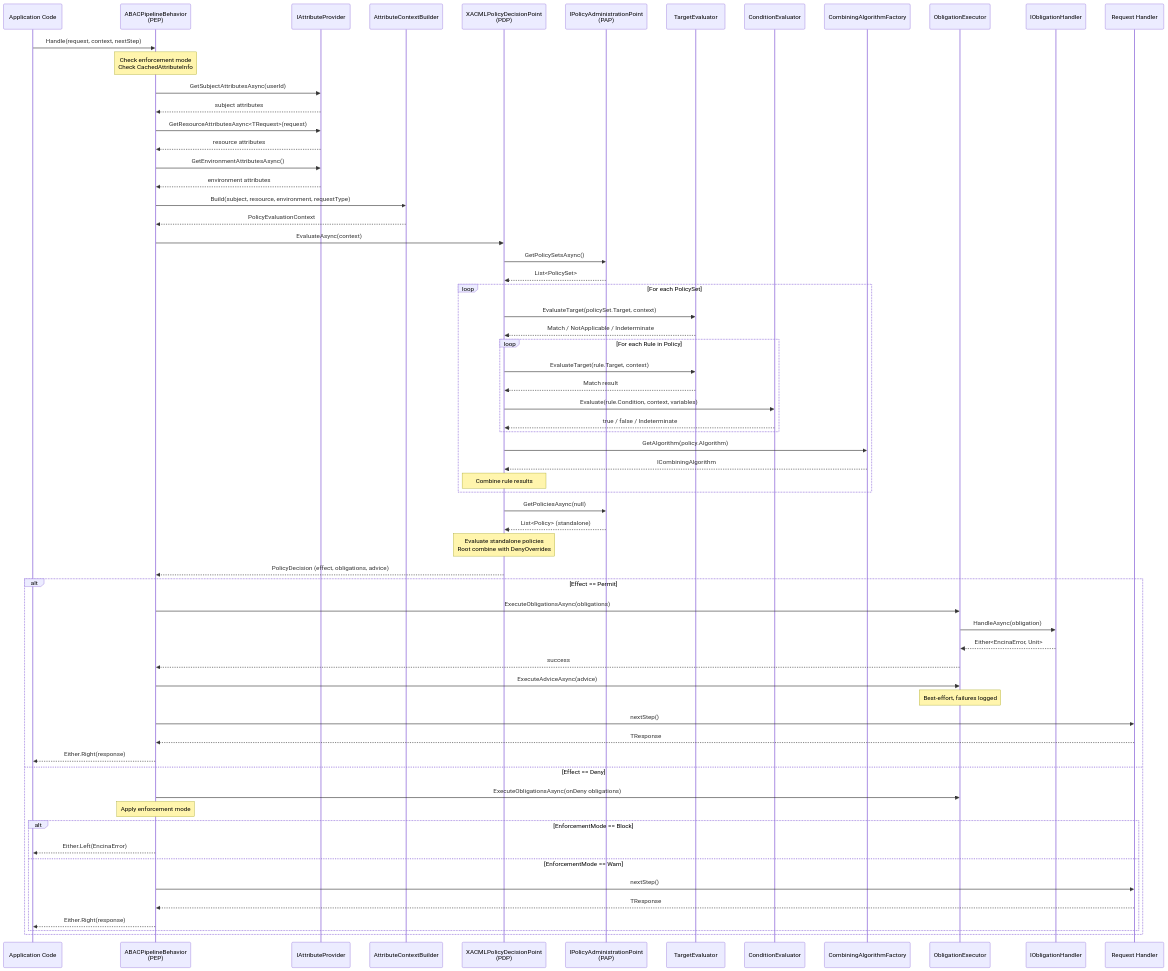
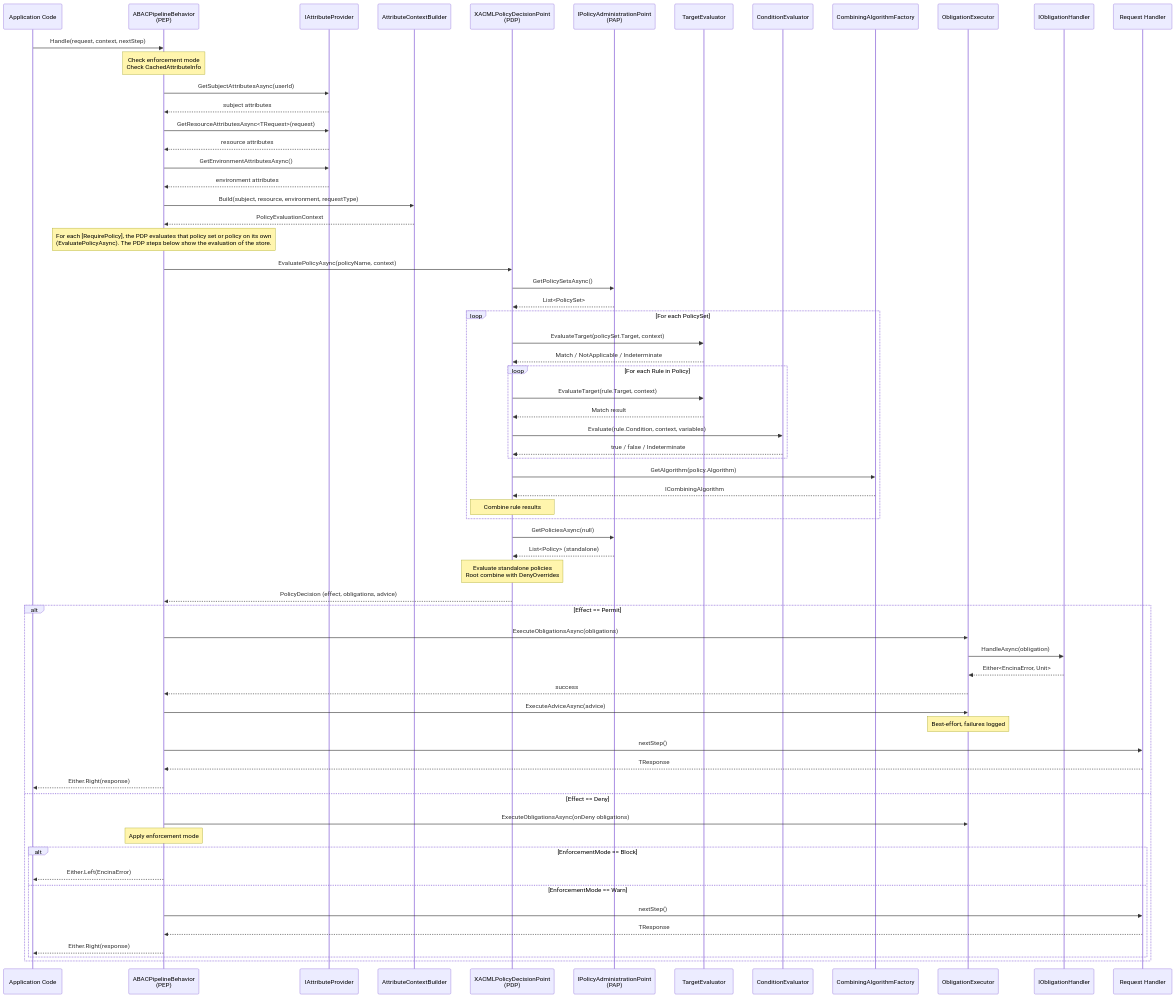
The third of 4 diagrams in docs/features/abac/xacml/architecture.md (dlrivada/Encina), drawn with Mermaid before and after one commit. The commit also changed other lines of this file and 12 other files, not shown here.

Commit message:
docs(abac): document RequirePolicy/RequireCondition enforcement, remove DefaultNotApplicableEffect, new error codes and EventIds (#1634)

````diff
--- a/docs/features/abac/xacml/architecture.md
+++ b/docs/features/abac/xacml/architecture.md
@@ -463,81 +463,82 @@
 ```mermaid
 sequenceDiagram
     participant App as Application Code
     participant PEP as ABACPipelineBehavior<br/>(PEP)
     participant AP as IAttributeProvider
     participant CB as AttributeContextBuilder
     participant PDP as XACMLPolicyDecisionPoint<br/>(PDP)
     participant PAP as IPolicyAdministrationPoint<br/>(PAP)
     participant TE as TargetEvaluator
     participant CE as ConditionEvaluator
     participant CA as CombiningAlgorithmFactory
     participant OE as ObligationExecutor
     participant OH as IObligationHandler
     participant Handler as Request Handler
 
     App->>PEP: Handle(request, context, nextStep)
     Note over PEP: Check enforcement mode<br/>Check CachedAttributeInfo
 
     PEP->>AP: GetSubjectAttributesAsync(userId)
     AP-->>PEP: subject attributes
     PEP->>AP: GetResourceAttributesAsync<TRequest>(request)
     AP-->>PEP: resource attributes
     PEP->>AP: GetEnvironmentAttributesAsync()
     AP-->>PEP: environment attributes
 
     PEP->>CB: Build(subject, resource, environment, requestType)
     CB-->>PEP: PolicyEvaluationContext
 
-    PEP->>PDP: EvaluateAsync(context)
+    Note over PEP: For each [RequirePolicy], the PDP evaluates that policy set or policy on its own<br/>(EvaluatePolicyAsync). The PDP steps below show the evaluation of the store.
+    PEP->>PDP: EvaluatePolicyAsync(policyName, context)
 
     PDP->>PAP: GetPolicySetsAsync()
     PAP-->>PDP: List<PolicySet>
 
     loop For each PolicySet
         PDP->>TE: EvaluateTarget(policySet.Target, context)
         TE-->>PDP: Match / NotApplicable / Indeterminate
 
         loop For each Rule in Policy
             PDP->>TE: EvaluateTarget(rule.Target, context)
             TE-->>PDP: Match result
             PDP->>CE: Evaluate(rule.Condition, context, variables)
             CE-->>PDP: true / false / Indeterminate
         end
 
         PDP->>CA: GetAlgorithm(policy.Algorithm)
         CA-->>PDP: ICombiningAlgorithm
         Note over PDP: Combine rule results
     end
 
     PDP->>PAP: GetPoliciesAsync(null)
     PAP-->>PDP: List<Policy> (standalone)
     Note over PDP: Evaluate standalone policies<br/>Root combine with DenyOverrides
 
     PDP-->>PEP: PolicyDecision (effect, obligations, advice)
 
     alt Effect == Permit
         PEP->>OE: ExecuteObligationsAsync(obligations)
         OE->>OH: HandleAsync(obligation)
         OH-->>OE: Either<EncinaError, Unit>
         OE-->>PEP: success
 
         PEP->>OE: ExecuteAdviceAsync(advice)
         Note over OE: Best-effort, failures logged
 
         PEP->>Handler: nextStep()
         Handler-->>PEP: TResponse
         PEP-->>App: Either.Right(response)
 
     else Effect == Deny
         PEP->>OE: ExecuteObligationsAsync(onDeny obligations)
         Note over PEP: Apply enforcement mode
 
         alt EnforcementMode == Block
             PEP-->>App: Either.Left(EncinaError)
         else EnforcementMode == Warn
             PEP->>Handler: nextStep()
             Handler-->>PEP: TResponse
             PEP-->>App: Either.Right(response)
         end
     end
 ```
````
